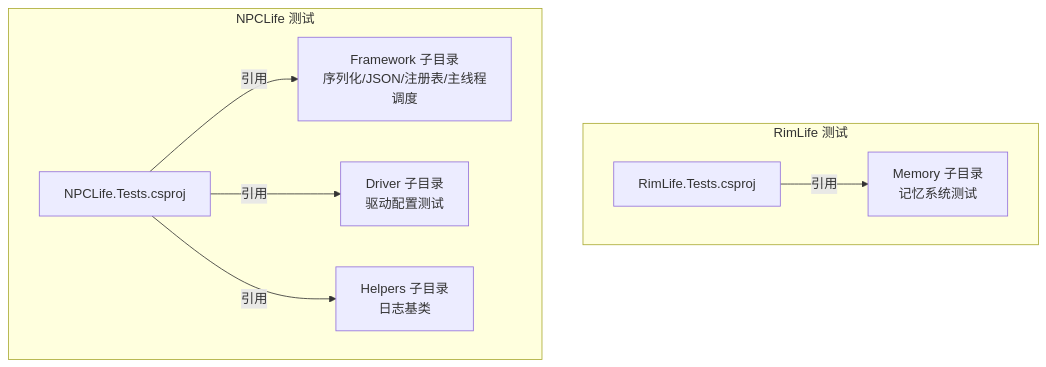
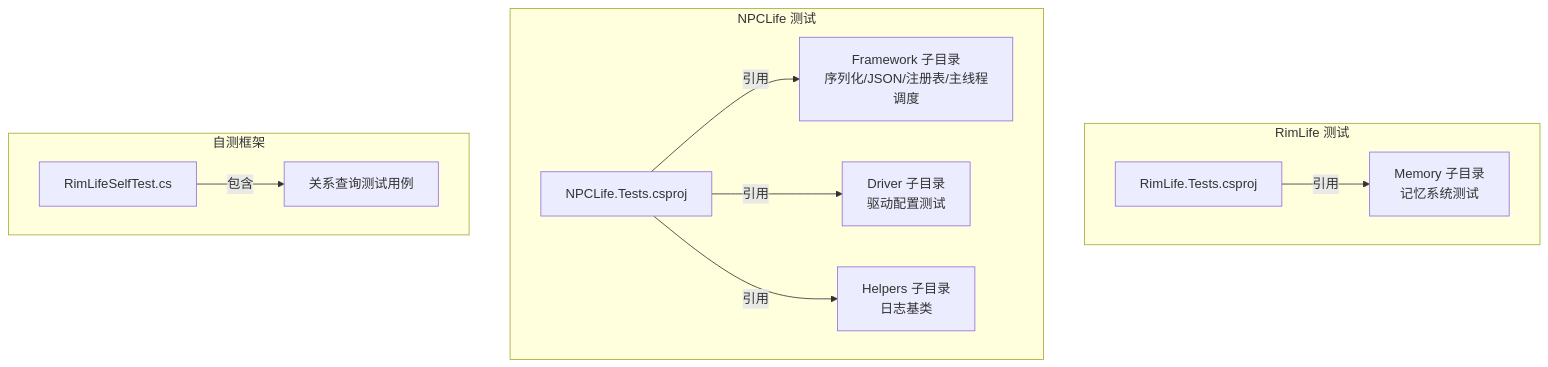
The first of 7 diagrams in .qoder/repowiki/zh/content/测试体系/测试体系.md (suzvka/RimLife), drawn with Mermaid before and after one commit. The commit also changed other lines of this file and 35 other files, not shown here.

````diff
--- a/.qoder/repowiki/zh/content/测试体系/测试体系.md
+++ b/.qoder/repowiki/zh/content/测试体系/测试体系.md
@@ -37,17 +49,22 @@
 ```mermaid
 graph TB
 subgraph "RimLife 测试"
 RLProj["RimLife.Tests.csproj"]
 RLMem["Memory 子目录<br/>记忆系统测试"]
 end
 subgraph "NPCLife 测试"
 NPCProj["NPCLife.Tests.csproj"]
 NPCFrame["Framework 子目录<br/>序列化/JSON/注册表/主线程调度"]
 NPCDriver["Driver 子目录<br/>驱动配置测试"]
 NPCHelp["Helpers 子目录<br/>日志基类"]
 end
+subgraph "自测框架"
+SelfTest["RimLifeSelfTest.cs"]
+RelTest["关系查询测试用例"]
+end
 RLProj --> |"引用"| RLMem
 NPCProj --> |"引用"| NPCFrame
 NPCProj --> |"引用"| NPCDriver
 NPCProj --> |"引用"| NPCHelp
+SelfTest --> |"包含"| RelTest
 ```
````
